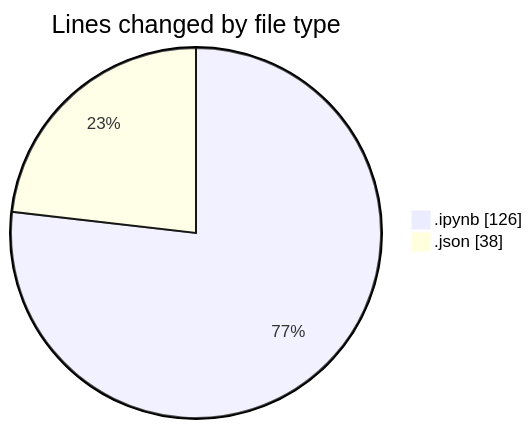
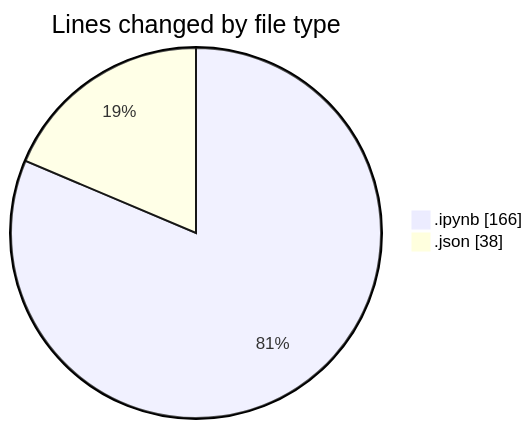
Before and after one commit to hasnaa123/code-tracking: the first of 2 diagrams in 2026-02-26/python_ai/README.md, drawn with Mermaid. The commit also changed other lines of this file and 1 other file, not shown here.

````diff
--- a/2026-02-26/python_ai/README.md
+++ b/2026-02-26/python_ai/README.md
@@ -22,6 +22,6 @@
 ```mermaid
 pie showData
 title Lines changed by file type
-".ipynb" : 126
+".ipynb" : 166
 ".json" : 38
 ```
````
